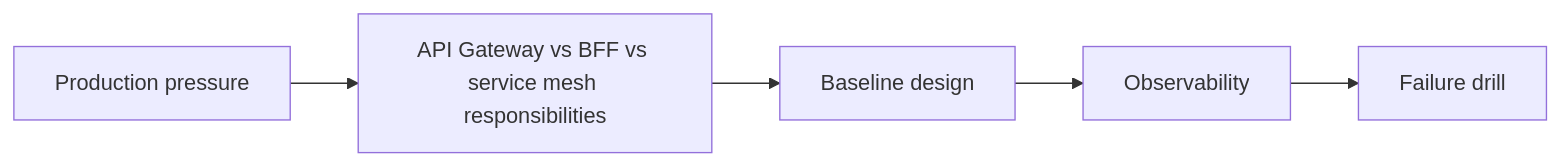
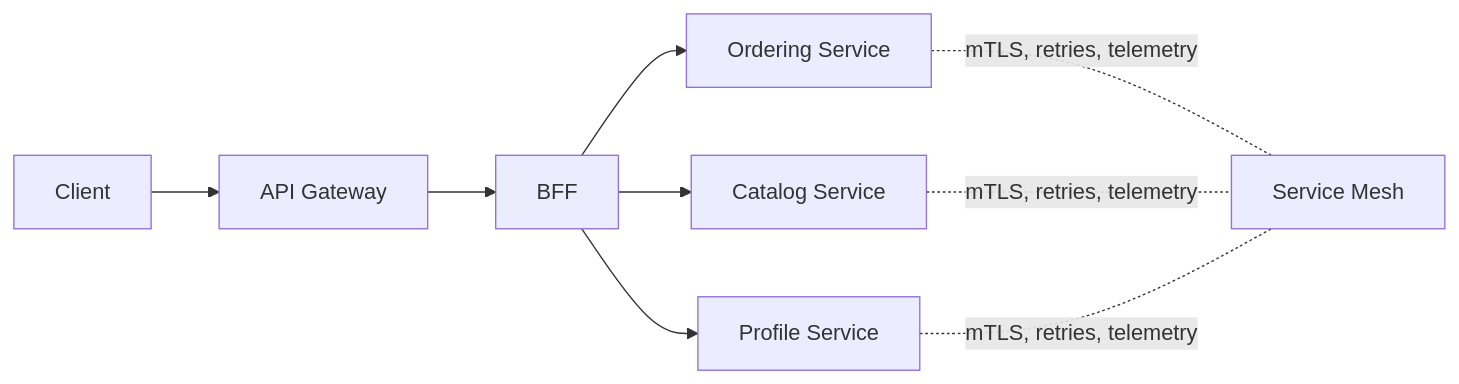
Before and after one commit to sandeepbhardwaj/sandeepbhardwaj.github.io: the diagram in _posts/2026-08-03-api-gateway-vs-bff-vs-service-mesh-part-1.md, drawn with Mermaid. The commit also changed other lines of this file and 113 other files, not shown here.

````diff
--- a/_posts/2026-08-03-api-gateway-vs-bff-vs-service-mesh-part-1.md
+++ b/_posts/2026-08-03-api-gateway-vs-bff-vs-service-mesh-part-1.md
@@ -57,7 +122,12 @@
 ```mermaid
 flowchart LR
-    A[Production pressure] --> B[API Gateway vs BFF vs service mesh responsibilities]
-    B --> C[Baseline design]
-    C --> D[Observability]
-    D --> E[Failure drill]
+    C[Client] --> G[API Gateway]
+    G --> B[BFF]
+    B --> S1[Ordering Service]
+    B --> S2[Catalog Service]
+    B --> S3[Profile Service]
+
+    S1 -. mTLS, retries, telemetry .- M[Service Mesh]
+    S2 -. mTLS, retries, telemetry .- M
+    S3 -. mTLS, retries, telemetry .- M
 ```
````
